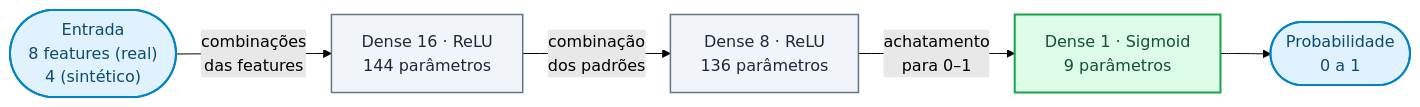
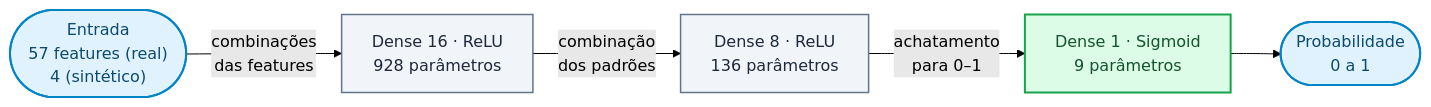
One commit to Felps03/tfjs-credit-risk-classifier changed the second of 4 diagrams in README.md. Above: the diagram before and after it, drawn with Mermaid (forest theme). The commit also changed other lines of this file and 4 other files, not shown here.

````diff
--- a/README.md
+++ b/README.md
@@ -596,21 +700,21 @@
 ```mermaid
 flowchart LR
-    I(["Entrada<br/>8 features (real)<br/>4 (sintético)"])
-    H1["Dense 16 · ReLU<br/>144 parâmetros"]
+    I(["Entrada<br/>57 features (real)<br/>4 (sintético)"])
+    H1["Dense 16 · ReLU<br/>928 parâmetros"]
     H2["Dense 8 · ReLU<br/>136 parâmetros"]
     O["Dense 1 · Sigmoid<br/>9 parâmetros"]
     P(["Probabilidade<br/>0 a 1"])
 
     I -->|"combinações<br/>das features"| H1
     H1 -->|"combinação<br/>dos padrões"| H2
     H2 -->|"achatamento<br/>para 0–1"| O
     O --> P
 
     classDef io     fill:#e0f2fe,stroke:#0284c7,stroke-width:2px,color:#0c4a6e
     classDef hidden fill:#f1f5f9,stroke:#64748b,stroke-width:1.5px,color:#1e293b
     classDef out    fill:#dcfce7,stroke:#16a34a,stroke-width:2px,color:#14532d
 
     class I,P io
     class H1,H2 hidden
     class O out
 ```
````
